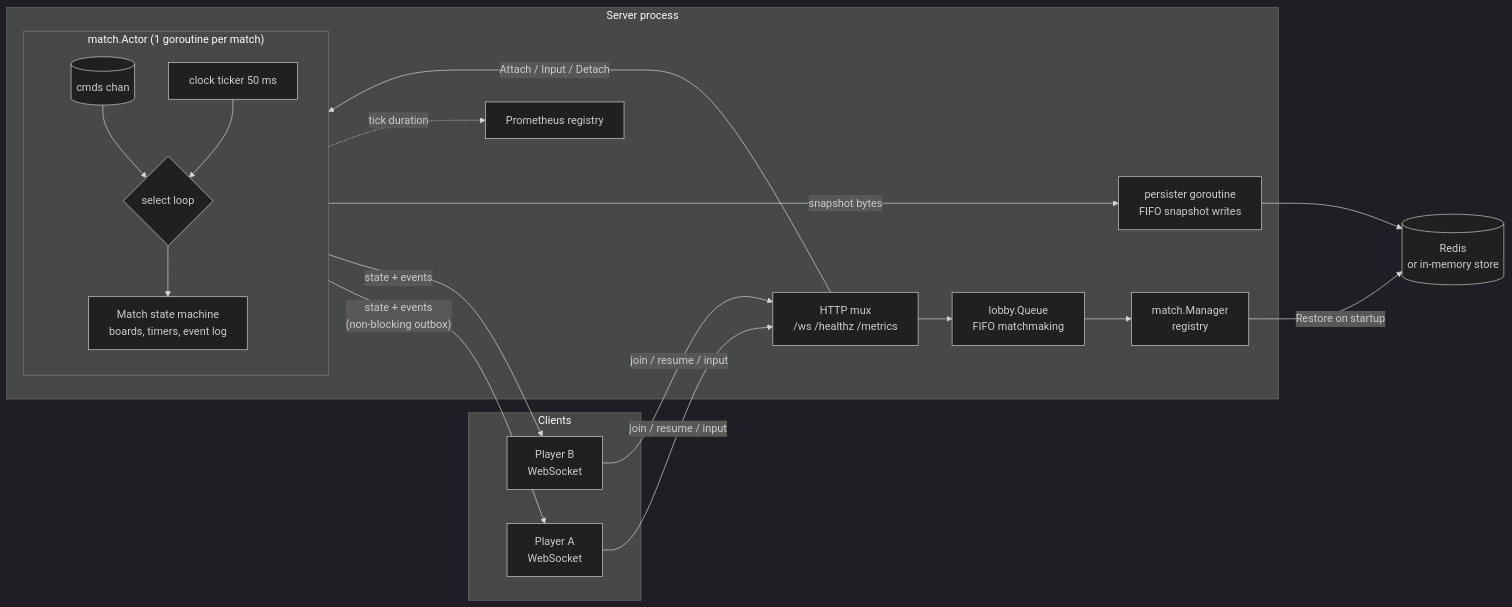
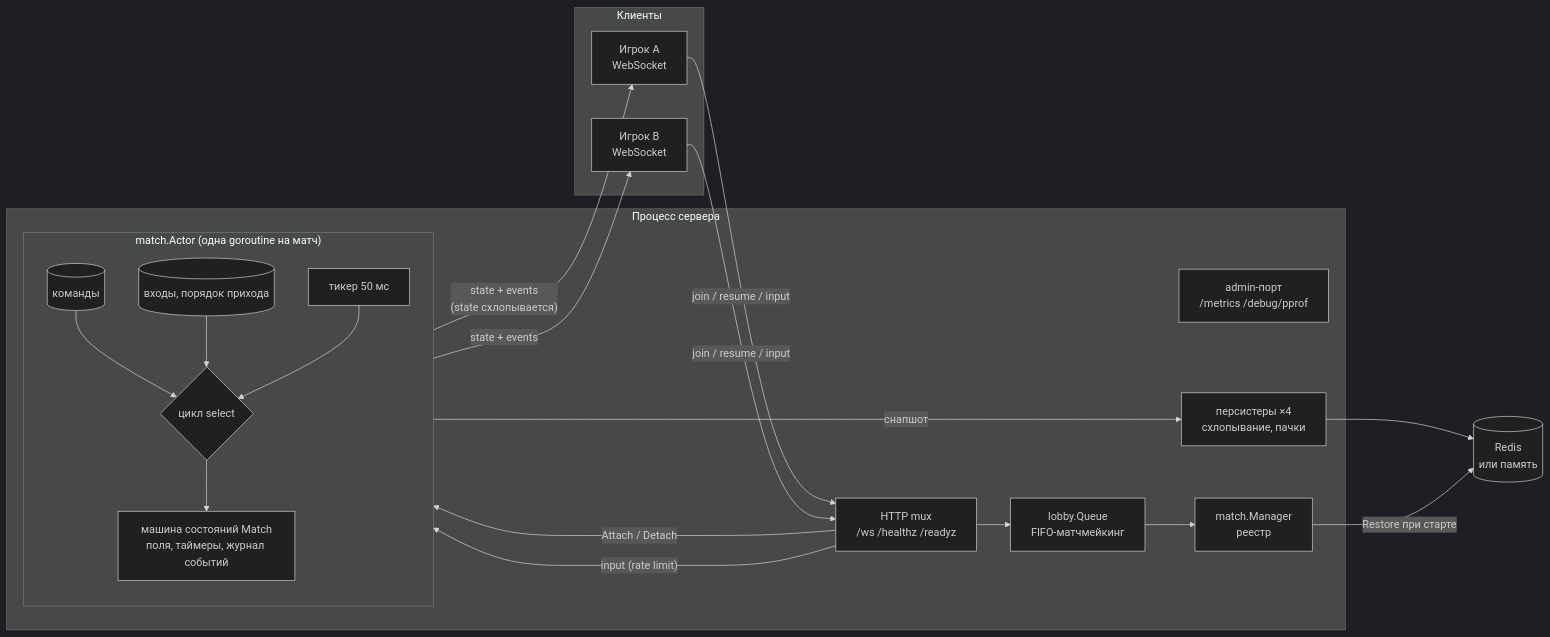
One commit to Gegirhasut/sabostack-go-server changed the first of 2 diagrams in README.md. Above: the diagram before and after it, drawn with Mermaid (dark theme). The commit also changed other lines of this file and 45 other files, not shown here.

````diff
--- a/README.md
+++ b/README.md
@@ -30,33 +54,34 @@
 ```mermaid
 flowchart LR
-    subgraph Clients
-        A[Player A<br/>WebSocket]
-        B[Player B<br/>WebSocket]
+    subgraph Клиенты
+        A[Игрок A<br/>WebSocket]
+        B[Игрок B<br/>WebSocket]
     end
 
-    subgraph Server process
-        H[HTTP mux<br/>/ws /healthz /metrics]
-        Q[lobby.Queue<br/>FIFO matchmaking]
-        M[match.Manager<br/>registry]
-        subgraph Actor["match.Actor (1 goroutine per match)"]
+    subgraph Процесс сервера
+        H[HTTP mux<br/>/ws /healthz /readyz]
+        AD[admin-порт<br/>/metrics /debug/pprof]
+        Q[lobby.Queue<br/>FIFO-матчмейкинг]
+        M[match.Manager<br/>реестр]
+        subgraph Actor["match.Actor (одна goroutine на матч)"]
             direction TB
-            C[(cmds chan)] --> L{select loop}
-            T[clock ticker 50 ms] --> L
-            L --> S[Match state machine<br/>boards, timers, event log]
+            C[(команды)] --> L{цикл select}
+            I[(входы, порядок прихода)] --> L
+            T[тикер 50 мс] --> L
+            L --> S[машина состояний Match<br/>поля, таймеры, журнал событий]
         end
-        P[persister goroutine<br/>FIFO snapshot writes]
-        PM[Prometheus registry]
+        P[персистеры ×4<br/>схлопывание, пачки]
     end
 
-    R[(Redis<br/>or in-memory store)]
+    R[(Redis<br/>или память)]
 
     A -- join / resume / input --> H
     B -- join / resume / input --> H
     H --> Q --> M
-    H -- Attach / Input / Detach --> C
-    S -- state + events<br/>(non-blocking outbox) --> A
+    H -- Attach / Detach --> C
+    H -- input (rate limit) --> I
+    S -- state + events<br/>(state схлопывается) --> A
     S -- state + events --> B
-    S -- snapshot bytes --> P --> R
-    M -- Restore on startup --> R
-    S -. tick duration .-> PM
+    S -- снапшот --> P --> R
+    M -- Restore при старте --> R
 ```
````
